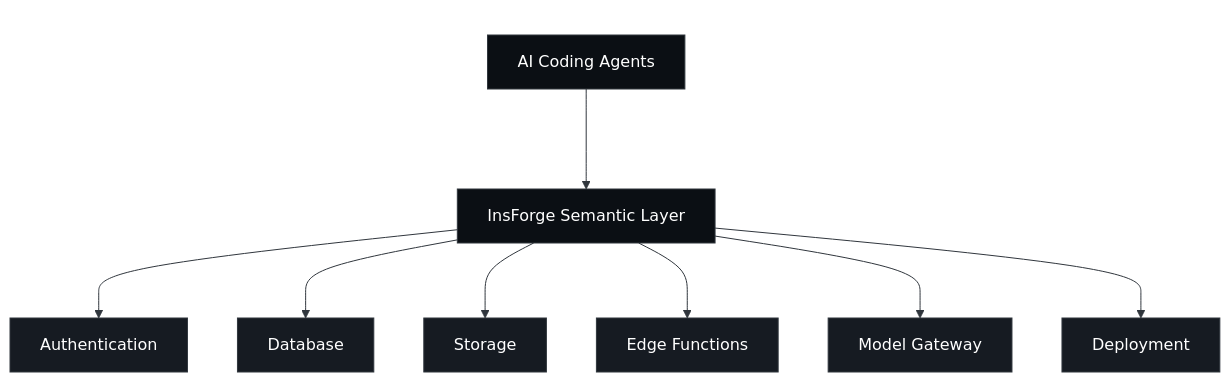
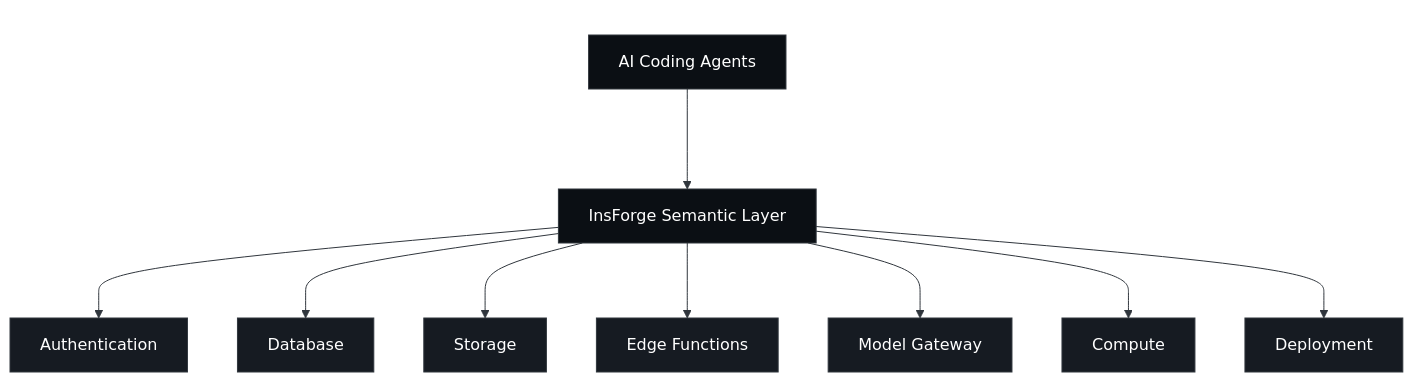
The diagram in README.md (InsForge/InsForge), drawn with Mermaid (base theme) before and after one commit. The commit also changed other lines of this file and 1 other file, not shown here.

Commit message:
docs(compute): link architecture page from README and .env.example

````diff
--- a/README.md
+++ b/README.md
@@ -56,31 +56,32 @@
 ```mermaid
 graph TB
 
     subgraph TOP[" "]
         AG[AI Coding Agents]
     end
 
     subgraph MID[" "]
         SL[InsForge Semantic Layer]
     end
 
     AG --> SL
 
     SL --> AUTH[Authentication]
     SL --> DB[Database]
     SL --> ST[Storage]
     SL --> EF[Edge Functions]
     SL --> MG[Model Gateway]
+    SL --> CP[Compute]
     SL --> DEP[Deployment]
 
     classDef bar fill:#0b0f14,stroke:#30363d,stroke-width:1px,color:#ffffff
     classDef card fill:#161b22,stroke:#30363d,stroke-width:1px,color:#ffffff
 
     class AG,SL bar
-    class AUTH,DB,ST,EF,MG,DEP card
+    class AUTH,DB,ST,EF,MG,CP,DEP card
 
     style TOP fill:transparent,stroke:transparent
     style MID fill:transparent,stroke:transparent
 
     linkStyle default stroke:#30363d,stroke-width:1px
 ```
````
